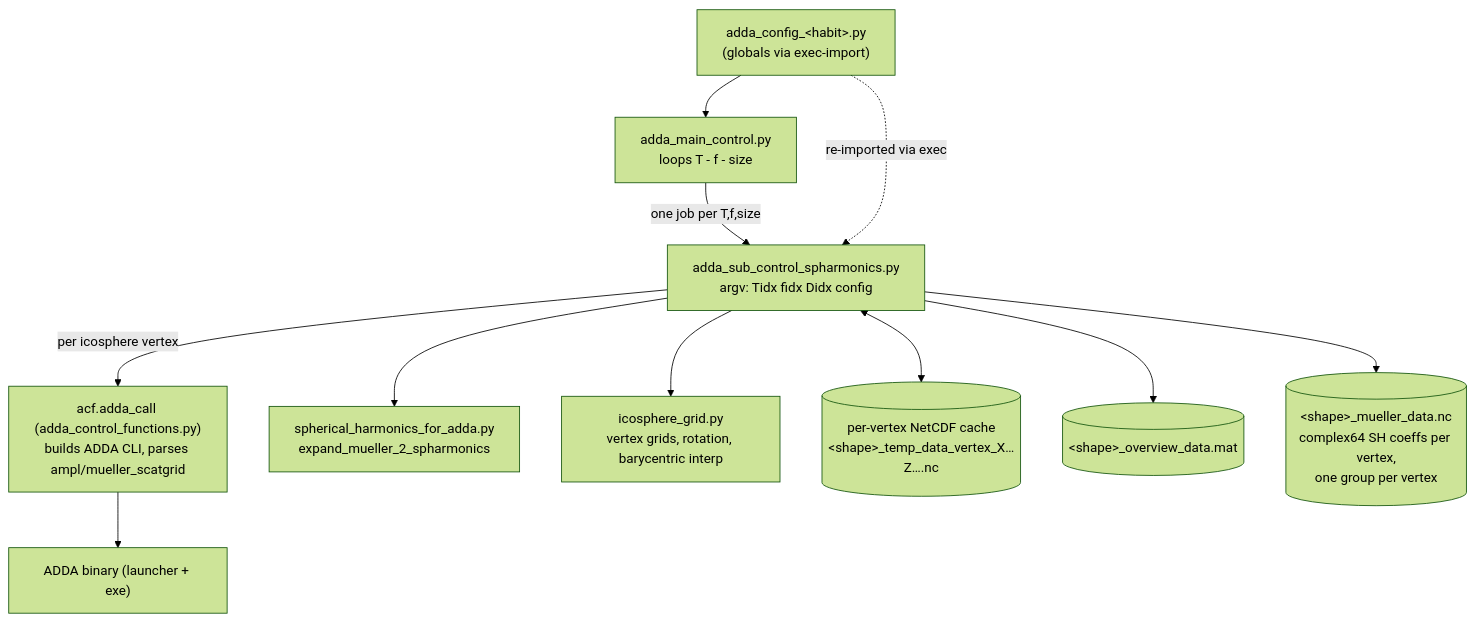
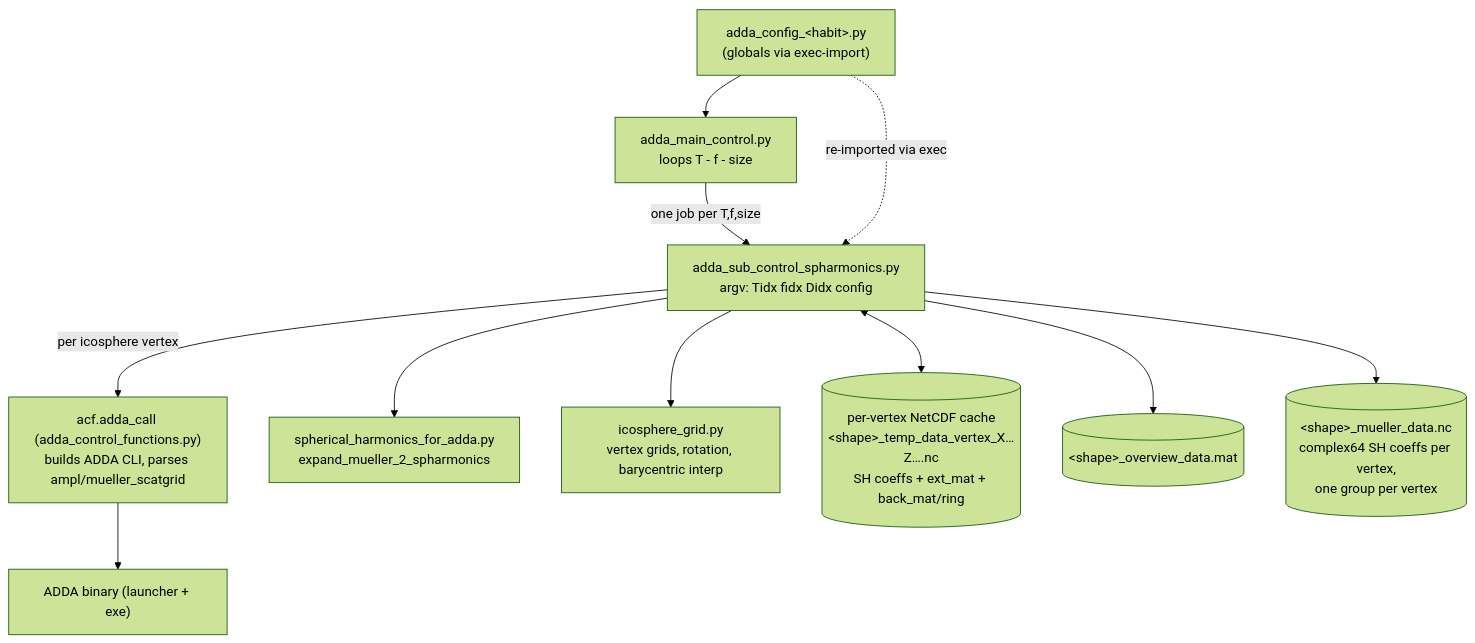
The second of 11 diagrams in docs/DDA-manual.md (m-brath/DDA), drawn with Mermaid (forest theme) before and after one commit. The commit also changed other lines of this file and 7 other files, not shown here.

````diff
--- a/docs/DDA-manual.md
+++ b/docs/DDA-manual.md
@@ -567,12 +620,12 @@
 ```mermaid
 flowchart TD
     CFG["adda_config_&lt;habit&gt;.py<br/>(globals via exec-import)"] --> MC["adda_main_control.py<br/>loops T - f - size"]
     MC -->|one job per T,f,size| SUB["adda_sub_control_spharmonics.py<br/>argv: Tidx fidx Didx config"]
     CFG -.->|re-imported via exec| SUB
     SUB -->|"per icosphere vertex"| ACF["acf.adda_call (adda_control_functions.py)<br/>builds ADDA CLI, parses ampl/mueller_scatgrid"]
     ACF --> ADDA["ADDA binary (launcher + exe)"]
     SUB --> SPHA["spherical_harmonics_for_adda.py<br/>expand_mueller_2_spharmonics"]
     SUB --> ICO["icosphere_grid.py<br/>vertex grids, rotation, barycentric interp"]
-    SUB <--> CACHE[("per-vertex NetCDF cache<br/>&lt;shape&gt;_temp_data_vertex_X…Z….nc")]
+    SUB <--> CACHE[("per-vertex NetCDF cache<br/>&lt;shape&gt;_temp_data_vertex_X…Z….nc<br/>SH coeffs + ext_mat + back_mat/ring")]
     SUB --> MAT[("&lt;shape&gt;_overview_data.mat")] & MNC[("&lt;shape&gt;_mueller_data.nc<br/>complex64 SH coeffs per vertex,<br/>one group per vertex")]
 ```
````
